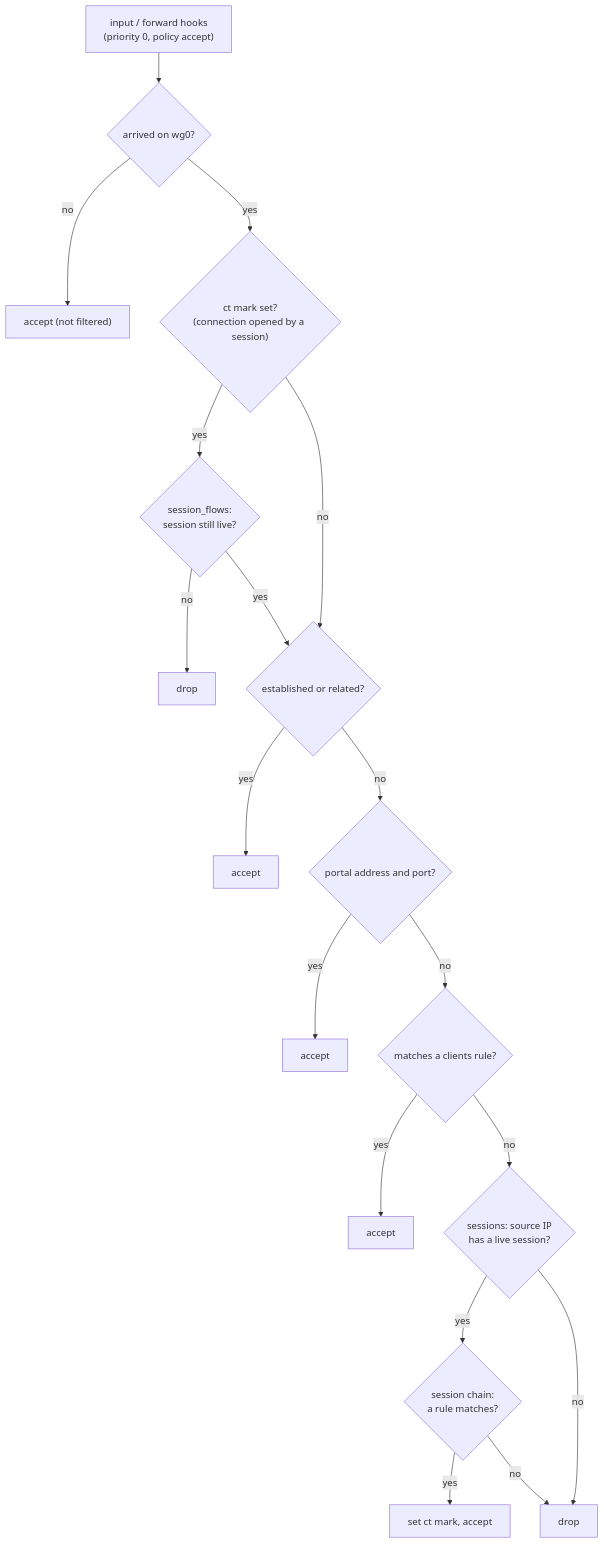
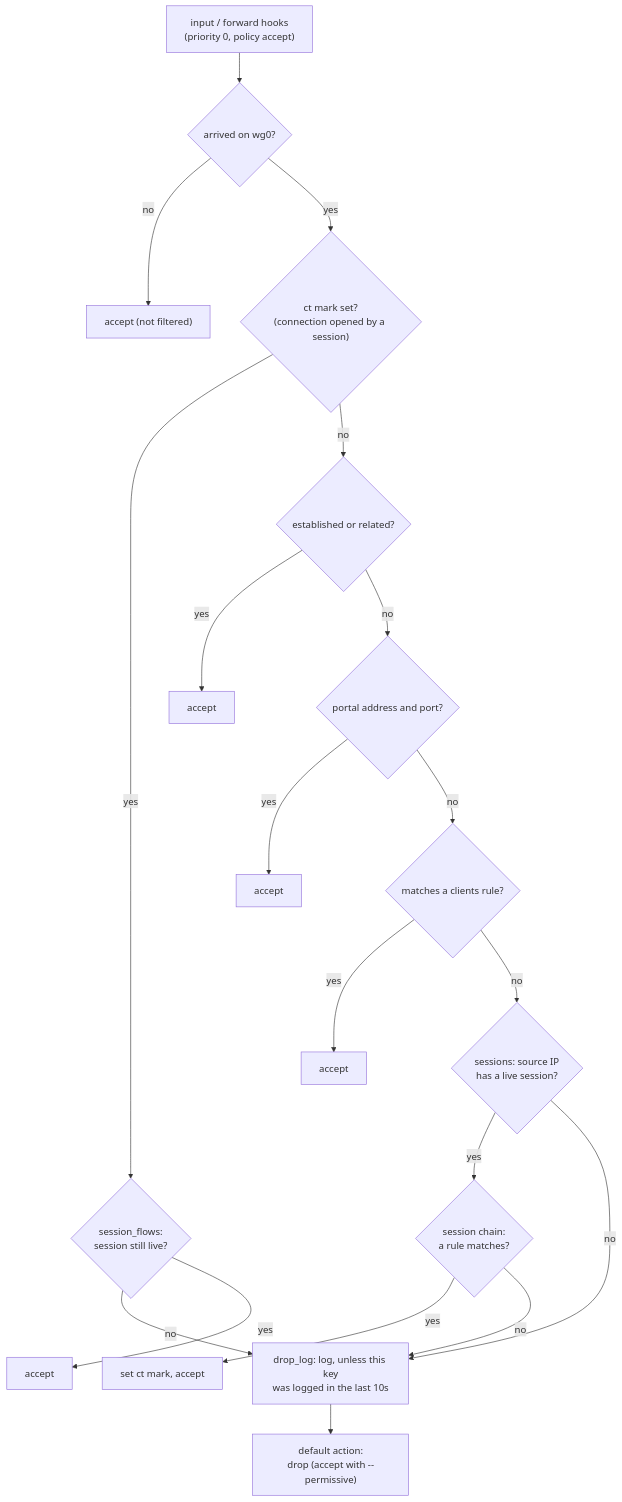
The fourth of 4 diagrams in README.md (ChrisPortman/Drawbridge), drawn with Mermaid before and after one commit. The commit also changed other lines of this file and 14 other files, not shown here.

First line of the commit message:
Add permissive mode and a deduplicated drop log

````diff
--- a/README.md
+++ b/README.md
@@ -568,20 +652,21 @@
 ```mermaid
 flowchart TD
     in["input / forward hooks<br/>(priority 0, policy accept)"] --> iif{"arrived on wg0?"}
     iif -- no --> pass["accept (not filtered)"]
     iif -- yes --> mark{"ct mark set?<br/>(connection opened by a session)"}
     mark -- yes --> flows{"session_flows:<br/>session still live?"}
-    flows -- no --> drop1["drop"]
-    flows -- yes --> est
+    flows -- no --> log
+    flows -- yes --> acc0["accept"]
     mark -- no --> est{"established or related?"}
     est -- yes --> acc1["accept"]
     est -- no --> portalr{"portal address and port?"}
     portalr -- yes --> acc2["accept"]
     portalr -- no --> static{"matches a clients rule?"}
     static -- yes --> acc3["accept"]
     static -- no --> sess{"sessions: source IP<br/>has a live session?"}
     sess -- yes --> schain{"session chain:<br/>a rule matches?"}
     schain -- yes --> acc4["set ct mark, accept"]
-    schain -- no --> drop2["drop"]
-    sess -- no --> drop2
+    schain -- no --> log
+    sess -- no --> log
+    log["drop_log: log, unless this key<br/>was logged in the last 10s"] --> def["default action:<br/>drop (accept with --permissive)"]
 ```
````
